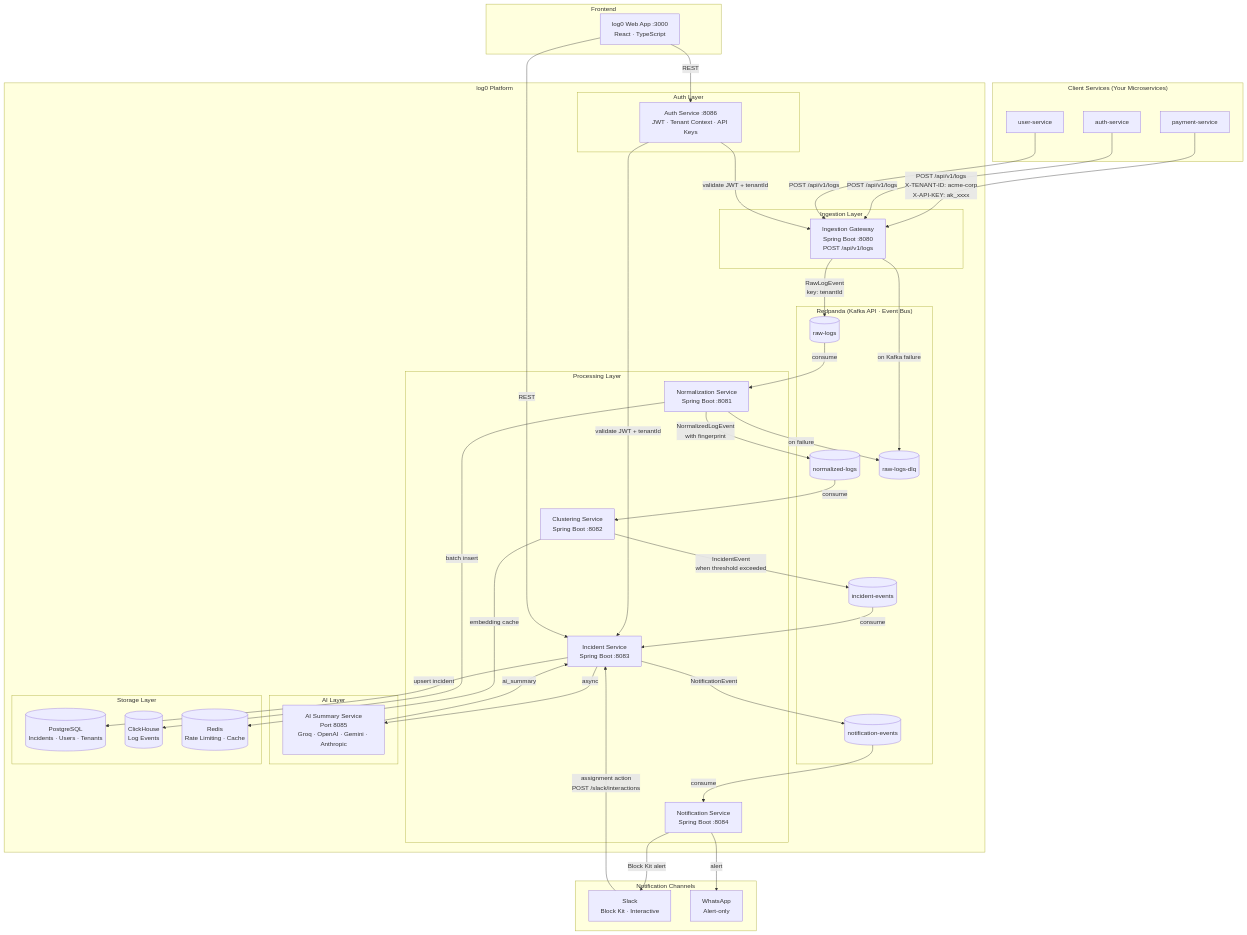
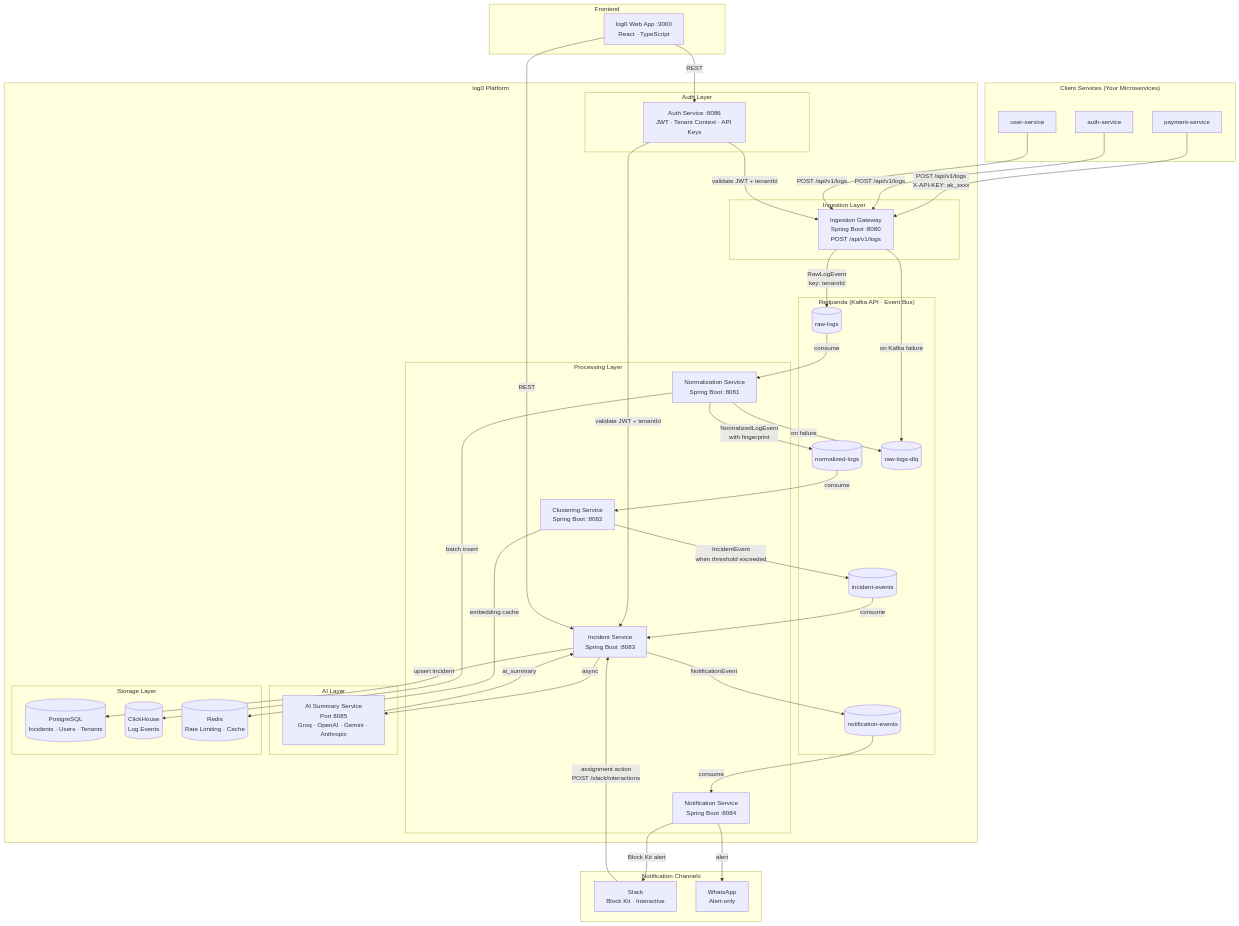
One commit to log0labs/log0-website changed the first of 4 diagrams in content/docs/architecture/high-level-system-architecture.mdx. Above: the diagram before and after it, drawn with Mermaid. The commit also changed other lines of this file and 3 other files, not shown here.

Commit message:
docs: [ingest] key-derived tenant (headers + arch diagrams)

```diff
--- a/content/docs/architecture/high-level-system-architecture.mdx
+++ b/content/docs/architecture/high-level-system-architecture.mdx
@@ -65,7 +65,7 @@
         FE[log0 Web App :3000\nReact · TypeScript]
     end
 
-    C1 -->|POST /api/v1/logs\nX-TENANT-ID: acme-corp\nX-API-KEY: ak_xxxx| IG
+    C1 -->|POST /api/v1/logs\nX-API-KEY: ak_xxxx| IG
     C2 -->|POST /api/v1/logs| IG
     C3 -->|POST /api/v1/logs| IG
 
```
